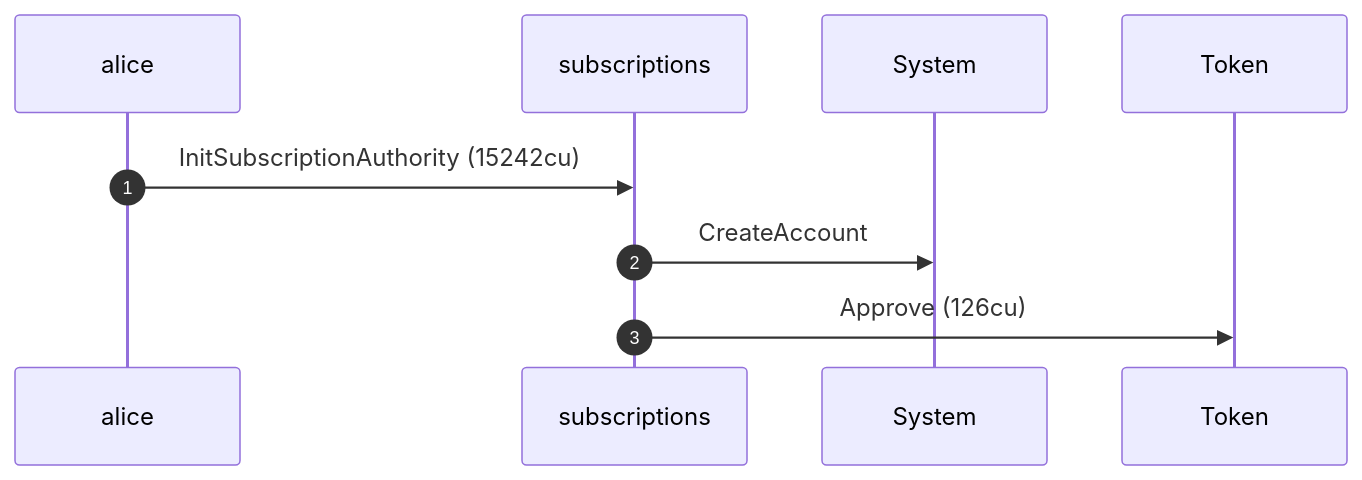
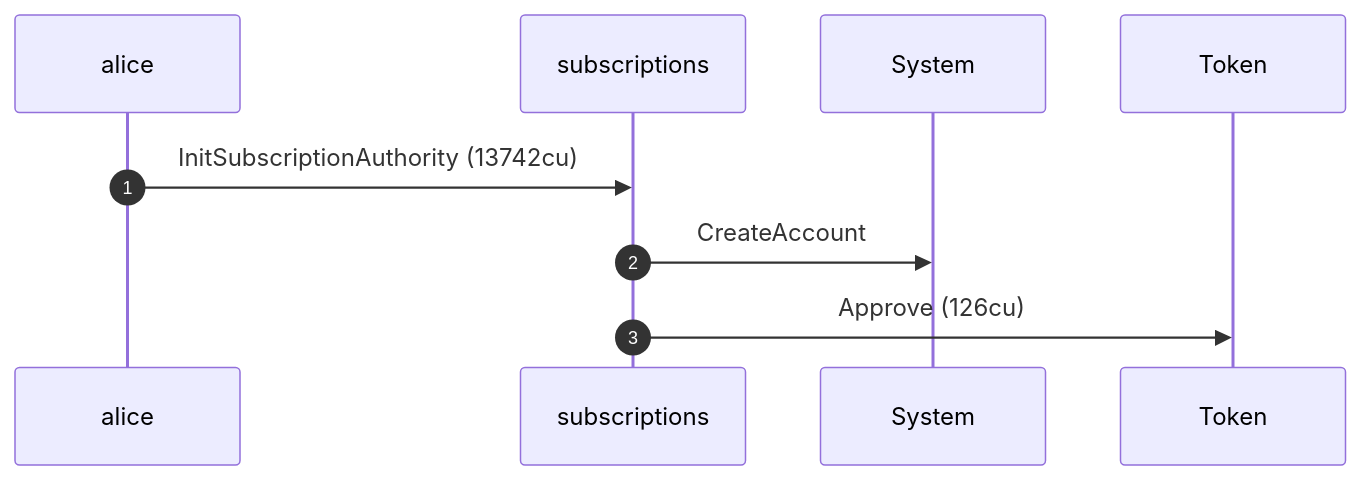
One commit to cds-rs/subscriptions changed the first of 20 diagrams in dsl_tests/resume-rejected-when-the-plan-was-deleted.md. Above: the diagram before and after it, drawn with Mermaid. The commit also changed other lines of this file and 224 other files, not shown here.

````diff
--- a/dsl_tests/resume-rejected-when-the-plan-was-deleted.md
+++ b/dsl_tests/resume-rejected-when-the-plan-was-deleted.md
@@ -24,11 +25,11 @@
 ```mermaid
 sequenceDiagram
     autonumber
     participant alice
     participant subscriptions
     participant System
     participant Token
-    alice ->> subscriptions: InitSubscriptionAuthority (15242cu)
+    alice ->> subscriptions: InitSubscriptionAuthority (13742cu)
     subscriptions ->> System: CreateAccount
     subscriptions ->> Token: Approve (126cu)
 ```
````
